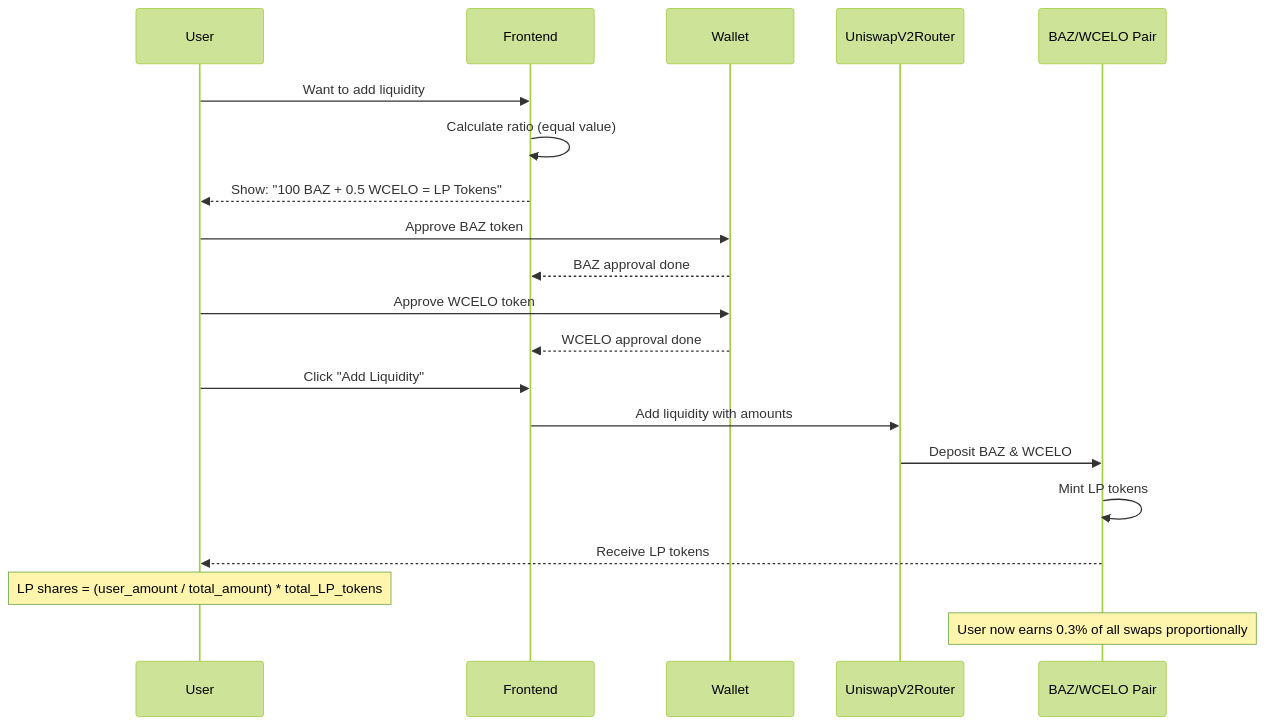
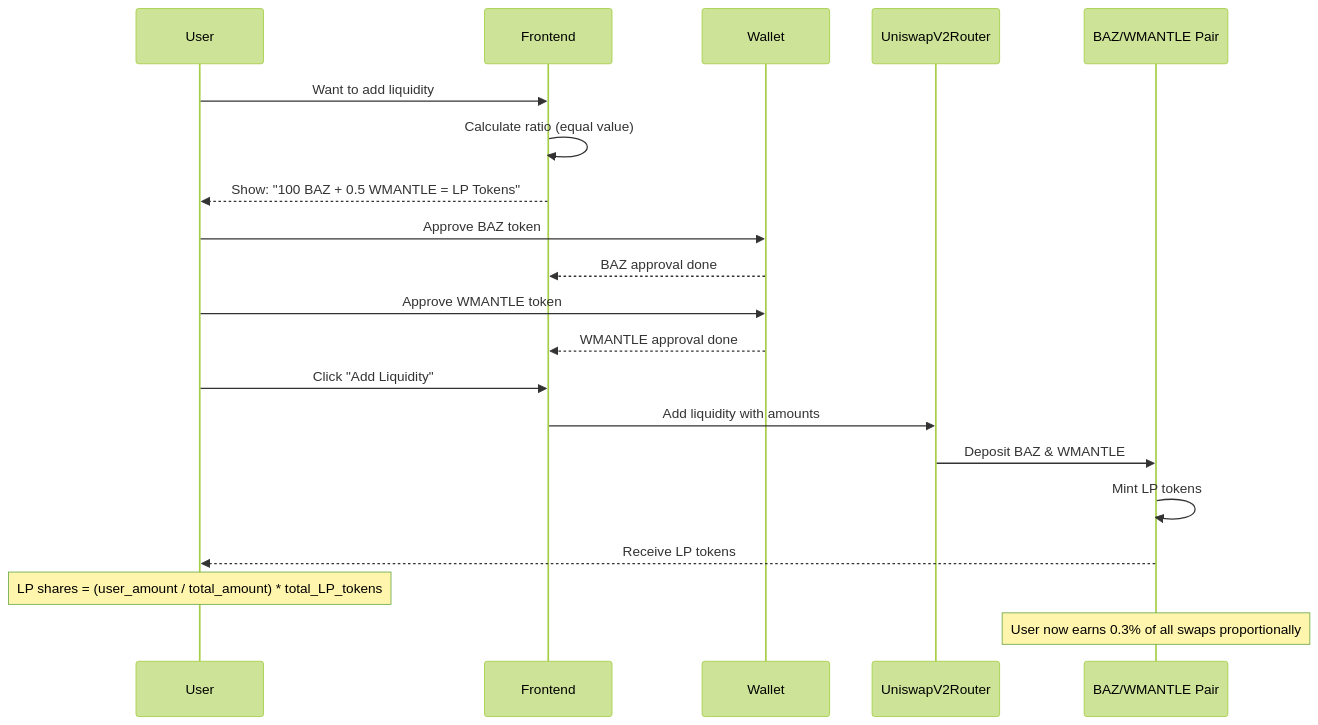
One commit to prithwish122/Bazigr-mantle changed the third of 6 diagrams in README.md. Above: the diagram before and after it, drawn with Mermaid (forest theme). The commit also changed other lines of this file and 2 other files, not shown here.

````diff
--- a/README.md
+++ b/README.md
@@ -132,26 +132,26 @@
 ```mermaid
 sequenceDiagram
     participant User
     participant Frontend
     participant Wallet
     participant Router as UniswapV2Router
-    participant Pair as BAZ/WCELO Pair
+    participant Pair as BAZ/WMANTLE Pair
 
     User->>Frontend: Want to add liquidity
     Frontend->>Frontend: Calculate ratio (equal value)
-    Frontend-->>User: Show: "100 BAZ + 0.5 WCELO = LP Tokens"
+    Frontend-->>User: Show: "100 BAZ + 0.5 WMANTLE = LP Tokens"
     
     User->>Wallet: Approve BAZ token
     Wallet-->>Frontend: BAZ approval done
-    User->>Wallet: Approve WCELO token
-    Wallet-->>Frontend: WCELO approval done
+    User->>Wallet: Approve WMANTLE token
+    Wallet-->>Frontend: WMANTLE approval done
     
     User->>Frontend: Click "Add Liquidity"
     Frontend->>Router: Add liquidity with amounts
-    Router->>Pair: Deposit BAZ & WCELO
+    Router->>Pair: Deposit BAZ & WMANTLE
     Pair->>Pair: Mint LP tokens
     Pair-->>User: Receive LP tokens
     
     Note over User: LP shares = (user_amount / total_amount) * total_LP_tokens
     Note over Pair: User now earns 0.3% of all swaps proportionally
 ```
````
